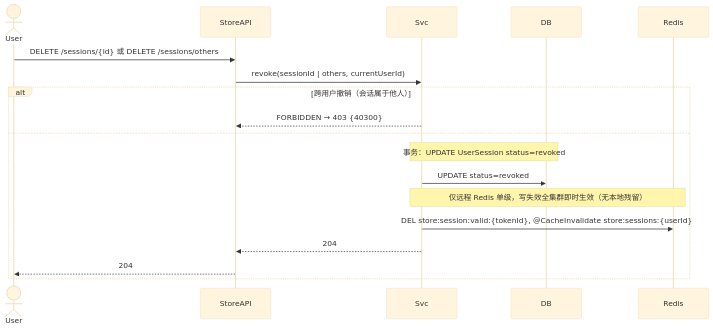
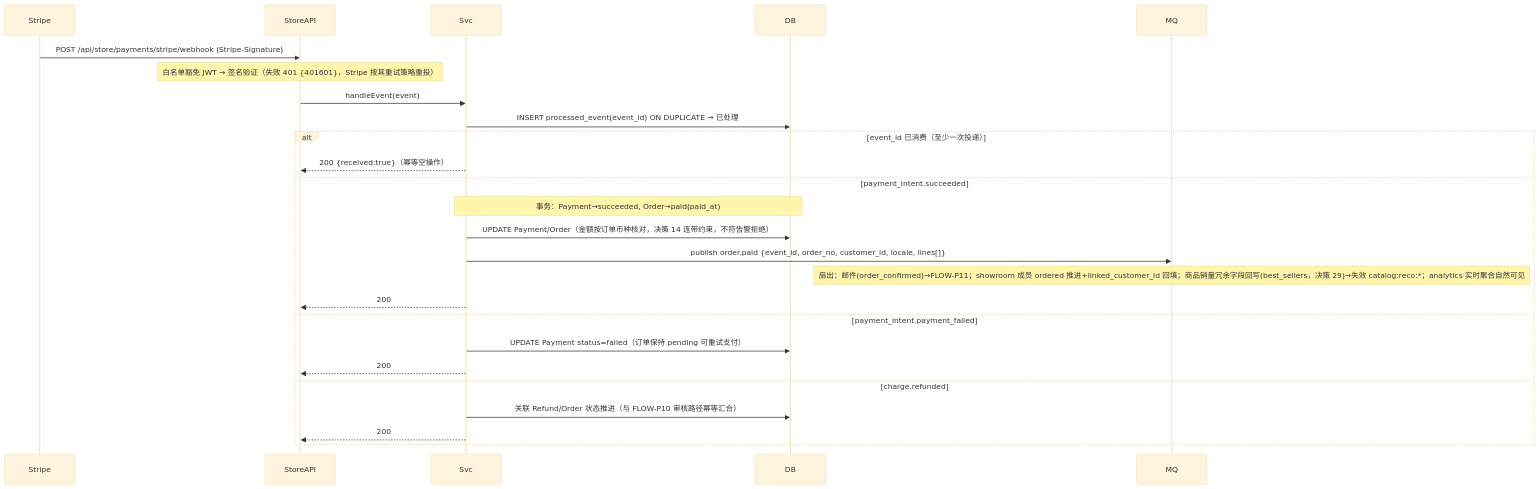
The seventh of 20 diagrams in hhspec/specs/architecture/data-flow.md (hptec/dreamy), drawn with Mermaid (base theme) before and after one commit. The commit also changed other lines of this file and 180 other files, not shown here.

````diff
--- a/hhspec/specs/architecture/data-flow.md
+++ b/hhspec/specs/architecture/data-flow.md
@@ -288,21 +307,28 @@
 ```mermaid
 sequenceDiagram
-    actor User
+    participant Stripe
     participant StoreAPI
     participant Svc
     participant DB
-    participant Redis
+    participant MQ
 
-    User->>StoreAPI: DELETE /sessions/{id}  或  DELETE /sessions/others
-    StoreAPI->>Svc: revoke(sessionId | others, currentUserId)
-    alt 跨用户撤销（会话属于他人）
-        Svc-->>StoreAPI: FORBIDDEN → 403 {40300}
-    else
-        Note over Svc,DB: 事务：UPDATE UserSession status=revoked
-        Svc->>DB: UPDATE status=revoked
-        Note over Svc,Redis: 仅远程 Redis 单级，写失效全集群即时生效（无本地残留）
-        Svc->>Redis: DEL store:session:valid:{tokenId}, @CacheInvalidate store:sessions:{userId}
-        Svc-->>StoreAPI: 204
-        StoreAPI-->>User: 204
+    Stripe->>StoreAPI: POST /api/store/payments/stripe/webhook (Stripe-Signature)
+    Note over StoreAPI: 白名单豁免 JWT → 签名验证（失败 401 {401601}，Stripe 按其重试策略重投）
+    StoreAPI->>Svc: handleEvent(event)
+    Svc->>DB: INSERT processed_event(event_id) ON DUPLICATE → 已处理
+    alt event_id 已消费（至少一次投递）
+        Svc-->>StoreAPI: 200 {received:true}（幂等空操作）
+    else payment_intent.succeeded
+        Note over Svc,DB: 事务：Payment→succeeded, Order→paid(paid_at)
+        Svc->>DB: UPDATE Payment/Order（金额按订单币种核对，决策 14 连带约束，不符告警拒绝）
+        Svc->>MQ: publish order.paid {event_id, order_no, customer_id, locale, lines[]}
+        Note over MQ: 扇出：邮件(order_confirmed)→FLOW-P11；showroom 成员 ordered 推进+linked_customer_id 回填；商品销量冗余字段回写(best_sellers，决策 29)→失效 catalog:reco:*；analytics 实时聚合自然可见
+        Svc-->>StoreAPI: 200
+    else payment_intent.payment_failed
+        Svc->>DB: UPDATE Payment status=failed（订单保持 pending 可重试支付）
+        Svc-->>StoreAPI: 200
+    else charge.refunded
+        Svc->>DB: 关联 Refund/Order 状态推进（与 FLOW-P10 审核路径幂等汇合）
+        Svc-->>StoreAPI: 200
     end
 ```
````
